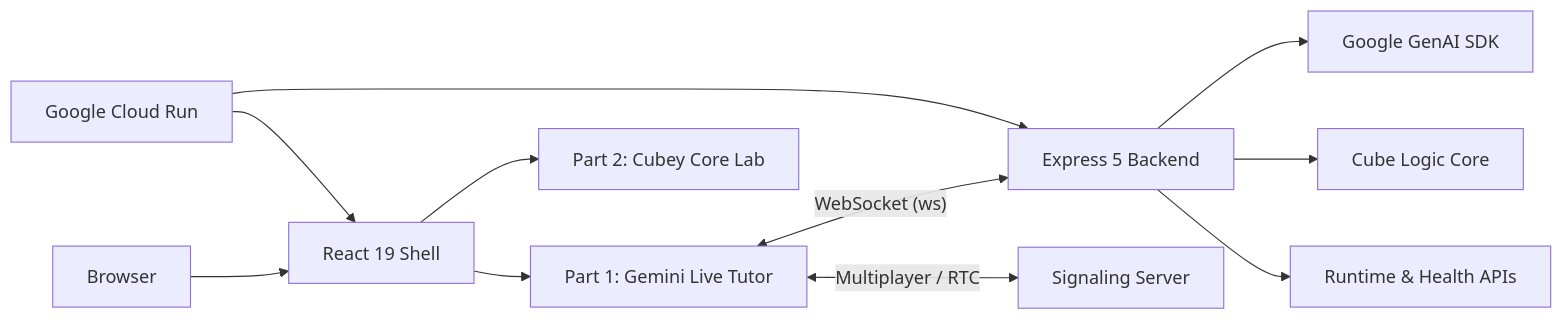
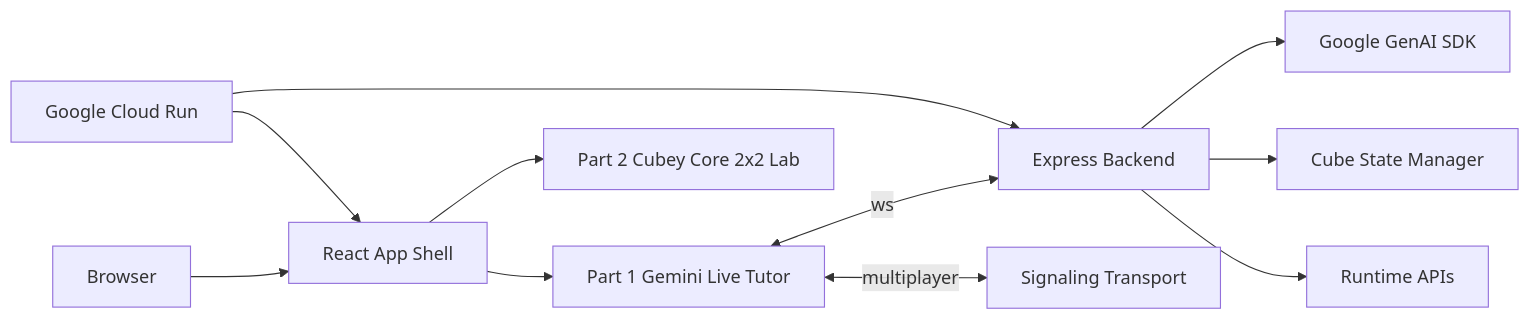
One commit to mangeshraut712/ai-rubiks-cube changed the diagram in README.md. Above: the diagram before and after it, drawn with Mermaid. The commit also changed other lines of this file, not shown here.

````diff
--- a/README.md
+++ b/README.md
@@ -43,13 +142,13 @@
 ```mermaid
 flowchart LR
-    A["Browser"] --> B["React 19 Shell"]
-    B --> C["Part 1: Gemini Live Tutor"]
-    B --> D["Part 2: Cubey Core Lab"]
-    C <-->|"WebSocket (ws)"| E["Express 5 Backend"]
-    C <-->|"Multiplayer / RTC"| F["Signaling Server"]
-    E --> G["Google GenAI SDK"]
-    E --> H["Cube Logic Core"]
-    E --> I["Runtime & Health APIs"]
-    J["Google Cloud Run"] --> E
-    J --> B
+  A[Browser] --> B[React App Shell]
+  B --> C[Part 1 Gemini Live Tutor]
+  B --> D[Part 2 Cubey Core 2x2 Lab]
+  C <-->|ws| E[Express Backend]
+  C <-->|multiplayer| F[Signaling Transport]
+  E --> G[Google GenAI SDK]
+  E --> H[Cube State Manager]
+  E --> I[Runtime APIs]
+  J[Google Cloud Run] --> E
+  J --> B
 ```
````
